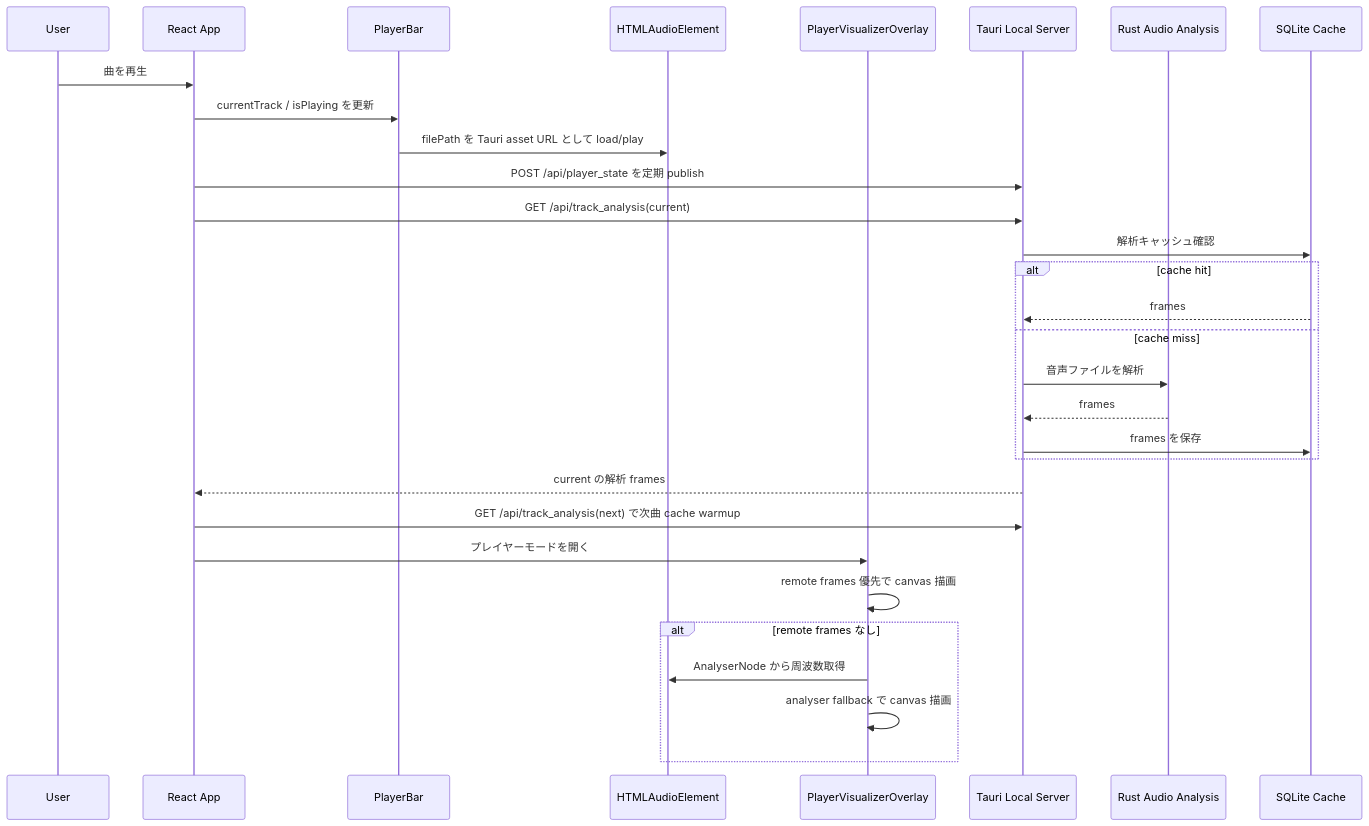
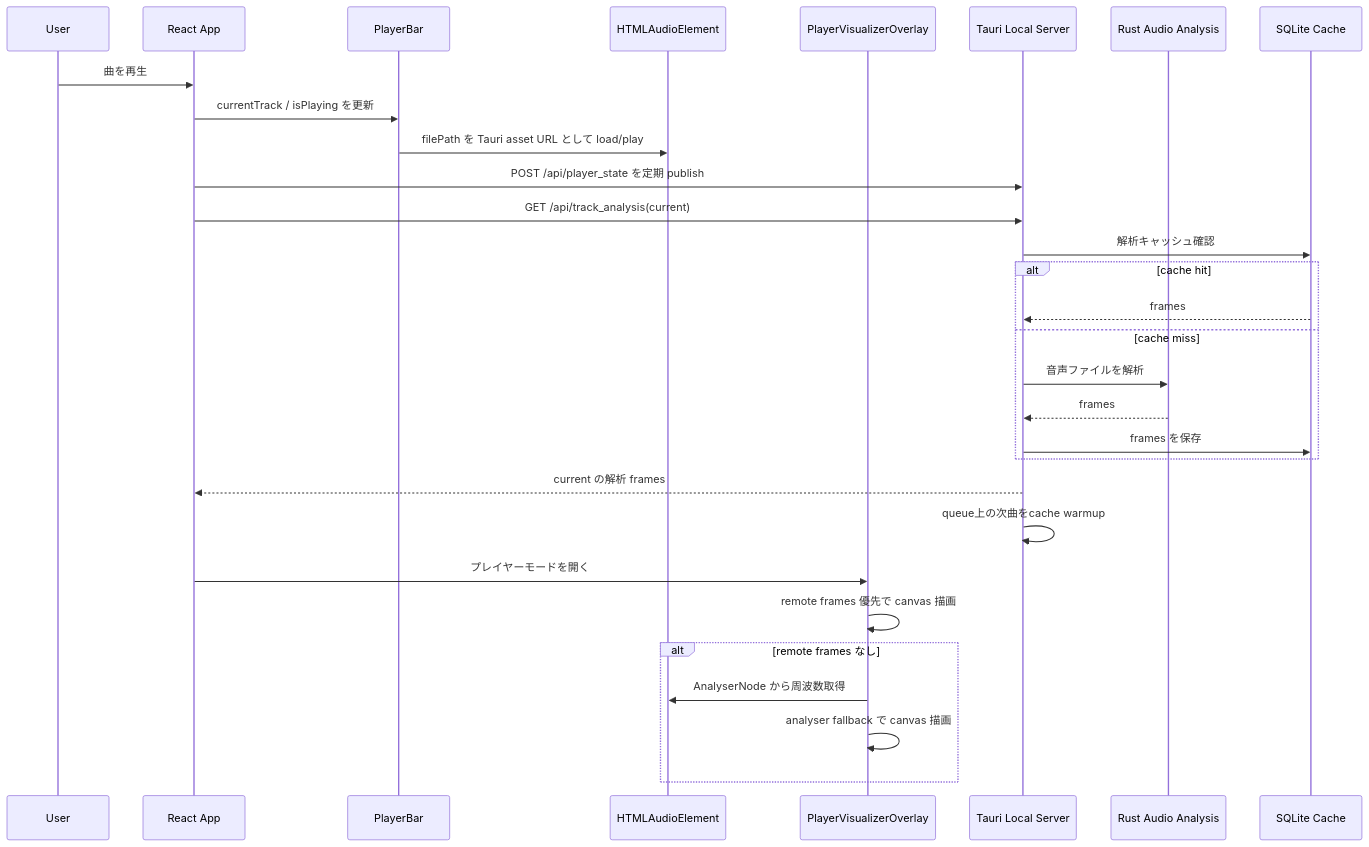
One commit to yaztak1227/musical changed the first of 2 diagrams in docs/visualizer-design.ja.md. Above: the diagram before and after it, drawn with Mermaid. The commit also changed other lines of this file and 44 other files, not shown here.

````diff
--- a/docs/visualizer-design.ja.md
+++ b/docs/visualizer-design.ja.md
@@ -121,33 +136,33 @@
 ```mermaid
 sequenceDiagram
     participant User as User
     participant App as React App
     participant Bar as PlayerBar
     participant Audio as HTMLAudioElement
     participant Viz as PlayerVisualizerOverlay
     participant API as Tauri Local Server
     participant Analyzer as Rust Audio Analysis
     participant Cache as SQLite Cache
 
     User->>App: 曲を再生
     App->>Bar: currentTrack / isPlaying を更新
     Bar->>Audio: filePath を Tauri asset URL として load/play
     App->>API: POST /api/player_state を定期 publish
     App->>API: GET /api/track_analysis(current)
     API->>Cache: 解析キャッシュ確認
     alt cache hit
         Cache-->>API: frames
     else cache miss
         API->>Analyzer: 音声ファイルを解析
         Analyzer-->>API: frames
         API->>Cache: frames を保存
     end
     API-->>App: current の解析 frames
-    App->>API: GET /api/track_analysis(next) で次曲 cache warmup
+    API->>API: queue上の次曲をcache warmup
     App->>Viz: プレイヤーモードを開く
     Viz->>Viz: remote frames 優先で canvas 描画
     alt remote frames なし
         Viz->>Audio: AnalyserNode から周波数取得
         Viz->>Viz: analyser fallback で canvas 描画
     end
 ```
````
